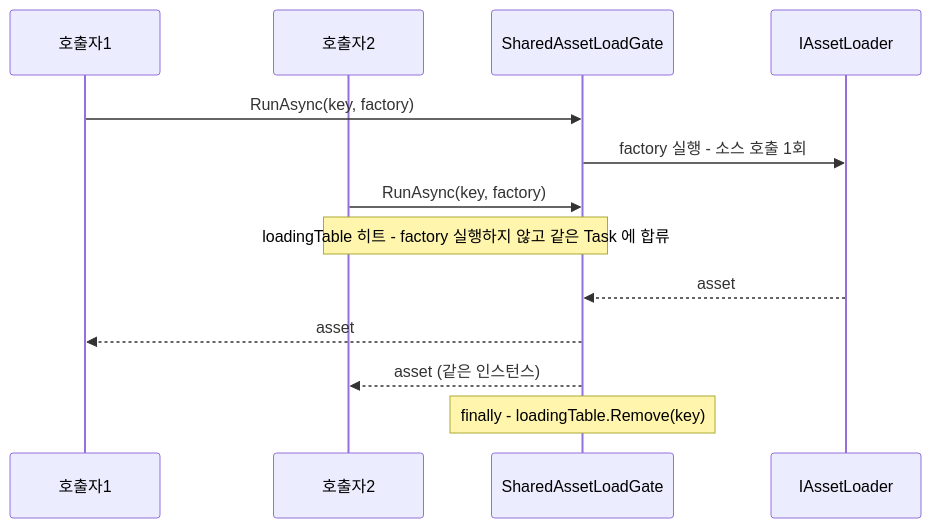
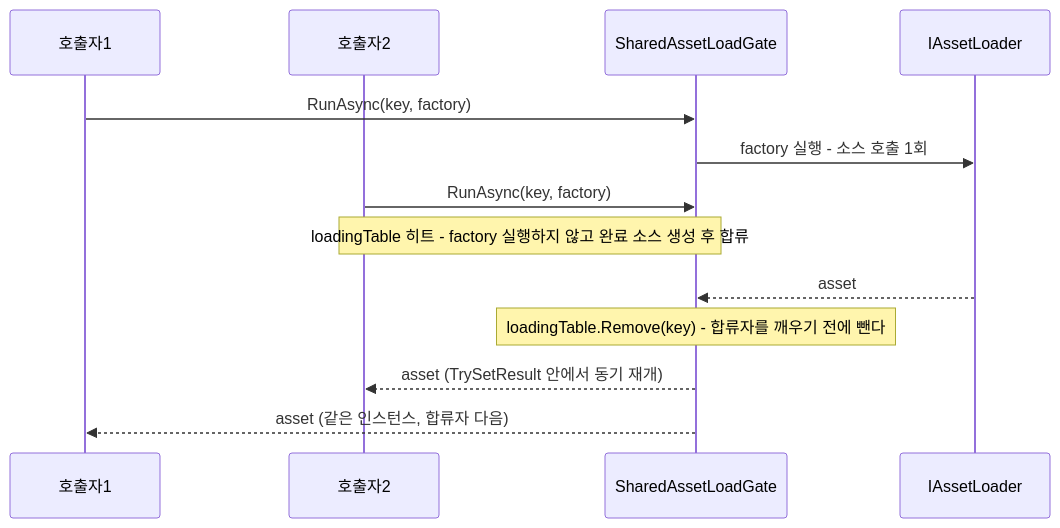
Before and after one commit to HoHong123/HCUP-Unity: the third of 3 diagrams in HResource/docs/Load.md, drawn with Mermaid. The commit also changed other lines of this file, not shown here.

````diff
--- a/HResource/docs/Load.md
+++ b/HResource/docs/Load.md
@@ -141,16 +155,16 @@
 ```mermaid
 sequenceDiagram
     participant C1 as 호출자1
     participant C2 as 호출자2
     participant G as SharedAssetLoadGate
     participant L as IAssetLoader
 
     C1->>G: RunAsync(key, factory)
     G->>L: factory 실행 - 소스 호출 1회
     C2->>G: RunAsync(key, factory)
-    Note over G,C2: loadingTable 히트 - factory 실행하지 않고 같은 Task 에 합류
+    Note over G,C2: loadingTable 히트 - factory 실행하지 않고 완료 소스 생성 후 합류
     L-->>G: asset
-    G-->>C1: asset
-    G-->>C2: asset (같은 인스턴스)
-    Note over G: finally - loadingTable.Remove(key)
+    Note over G: loadingTable.Remove(key) - 합류자를 깨우기 전에 뺀다
+    G-->>C2: asset (TrySetResult 안에서 동기 재개)
+    G-->>C1: asset (같은 인스턴스, 합류자 다음)
 ```
````
